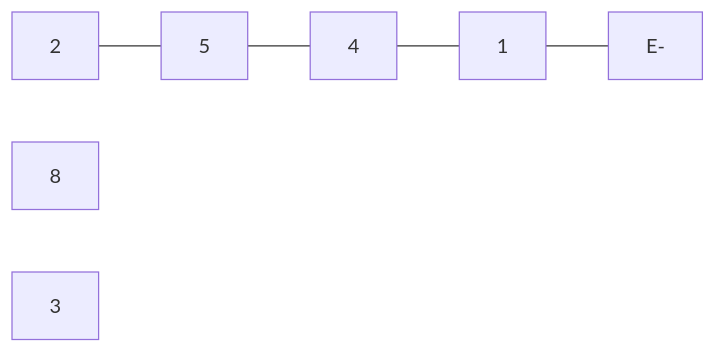
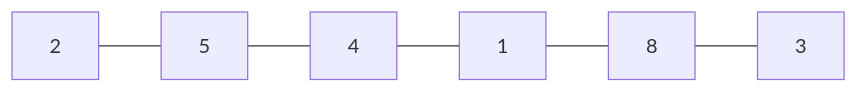
One commit to Tiggax/Zapiski changed the second of 2 diagrams in 2. Letnik/Podatkovne strukture in algoritmi/Untitled.md. Above: the diagram before and after it, drawn with Mermaid. The commit also changed 1 other file, not shown here.

Commit message:
flyingarchie backup: 2021-11-11 10:50:25

````diff
--- a/2. Letnik/Podatkovne strukture in algoritmi/Untitled.md
+++ b/2. Letnik/Podatkovne strukture in algoritmi/Untitled.md
@@ -8,10 +8,10 @@
 ```mermaid
 graph LR
 A[2]
 B[5]
 C[4]
 D[1]
 E[8]
 F[3]
-A---B---C---D---E-
+A---B---C---D---E---F
 ```
````
